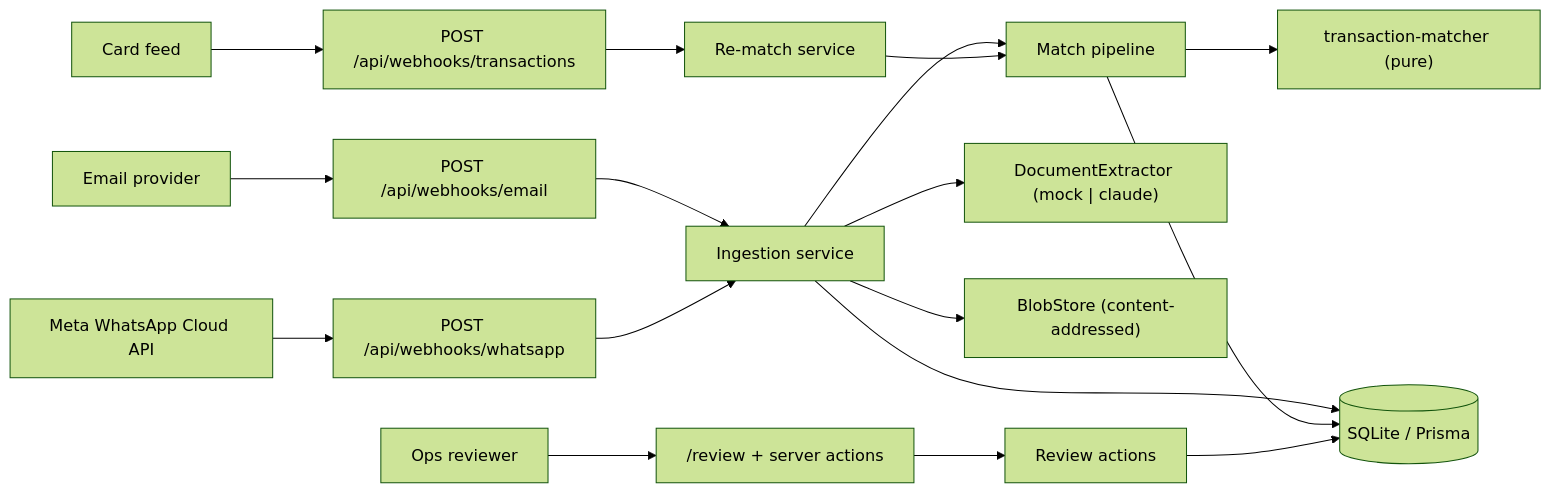
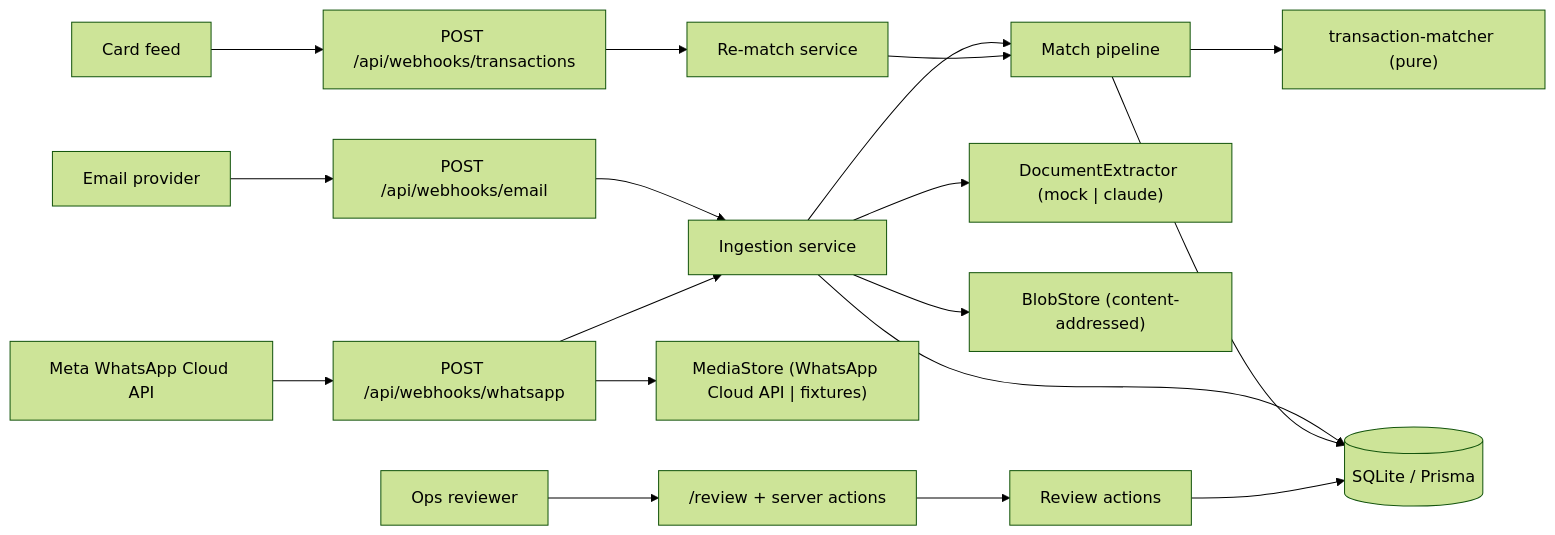
One commit to BetaPundit/darb-takehome changed the first of 4 diagrams in IMPLEMENTATION.md. Above: the diagram before and after it, drawn with Mermaid (forest theme). The commit also changed other lines of this file and 83 other files, not shown here.

First line of the commit message:
Match the assignment's provided interfaces; fixtures/ as source of truth; MediaStore

````diff
--- a/IMPLEMENTATION.md
+++ b/IMPLEMENTATION.md
@@ -11,21 +11,22 @@
 ```mermaid
 flowchart LR
   EP["Email provider"] --> RE["POST /api/webhooks/email"]
   WA["Meta WhatsApp Cloud API"] --> RW["POST /api/webhooks/whatsapp"]
   CF["Card feed"] --> RT["POST /api/webhooks/transactions"]
   OPS["Ops reviewer"] --> RV["/review + server actions"]
 
   RE --> ING["Ingestion service"]
   RW --> ING
+  RW --> MEDIA["MediaStore (WhatsApp Cloud API | fixtures)"]
   RT --> RMS["Re-match service"]
   RV --> REV["Review actions"]
 
   ING --> EXT["DocumentExtractor (mock | claude)"]
   ING --> BLOB["BlobStore (content-addressed)"]
   ING --> MP["Match pipeline"]
   RMS --> MP
   MP --> MAT["transaction-matcher (pure)"]
   ING --> DB[("SQLite / Prisma")]
   MP --> DB
   REV --> DB
 ```
````
